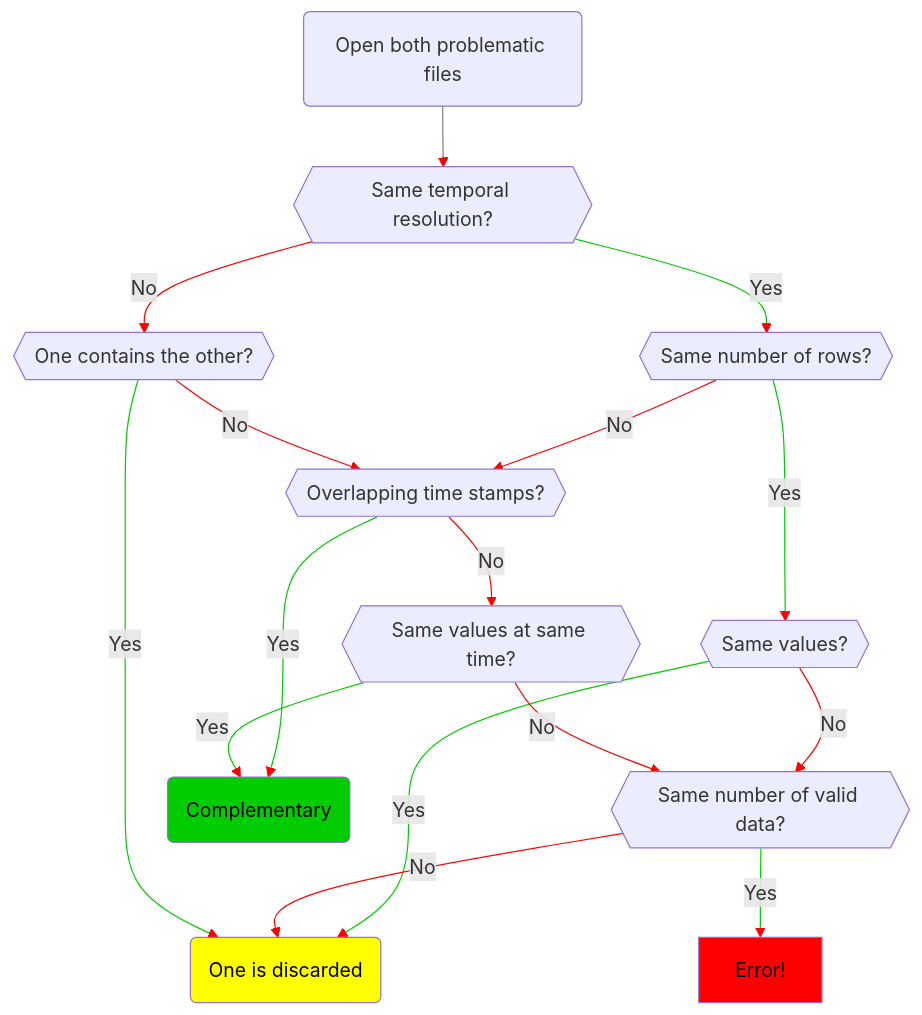
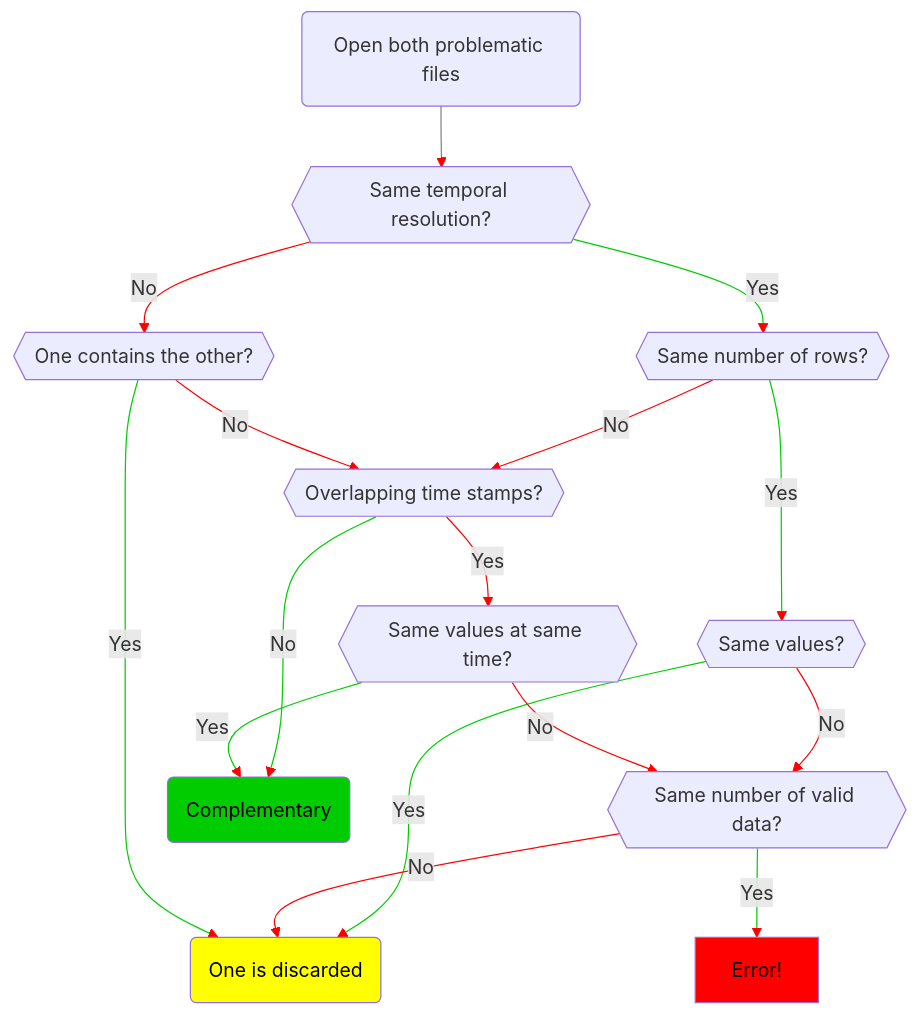
The second of 3 diagrams in v.1.0.0/README.md (GRINS-Spoke0-WP2/AQ-EEA), drawn with Mermaid before and after one commit. The commit also changed 5 other files, not shown here.

````diff
--- a/v.1.0.0/README.md
+++ b/v.1.0.0/README.md
@@ -53,25 +53,25 @@
 ```mermaid
 graph TD;
 a(Open both problematic files)-->b{{Same temporal resolution?}}
 
 b -->|Yes| c{{Same number of rows?}}
 c -->|Yes| sv{{Same values?}}
 sv -->|Yes| d(One is discarded):::disc
 sv -->|No| f{{Same number of valid data?}}
 f -->|No| d
 f -->|Yes| e[Error!]:::err
 c -->|No| t{{Overlapping time stamps?}}
-t -->|Yes| cc(Complementary):::comp
-t -->|No| dt{{Same values at same time?}}
+t -->|No| cc(Complementary):::comp
+t -->|Yes| dt{{Same values at same time?}}
 dt -->|Yes| cc
 dt -->|No| f
 b -->|No| oc{{One contains the other?}}
 oc -->|Yes| d
 oc -->|No| t
 classDef err fill:#ff0000,color:#000000
 classDef disc fill:#ffff00,color:#000000
 classDef comp fill:#00cc00,color:#000000
 linkStyle default stroke:#ff0000
 linkStyle 0 stroke:gray
 linkStyle 1,2,3,6,8,10,13 stroke:#00cc00
 ```
````
